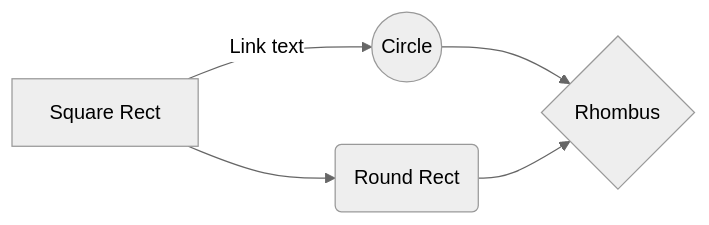
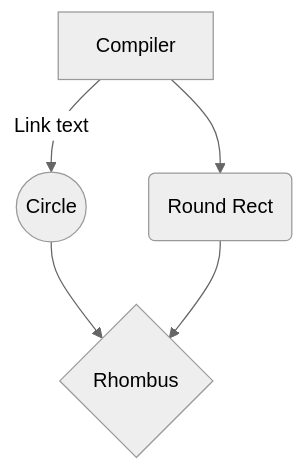
The fifth of 5 diagrams in Implementation.md (Jzhyang1/Monomer), drawn with Mermaid (neutral theme) before and after one commit. The commit also changed other lines of this file, not shown here.

````diff
--- a/Implementation.md
+++ b/Implementation.md
@@ -215,7 +215,7 @@
 ```mermaid
-graph LR
-A[Square Rect] -- Link text --> B((Circle))
+graph TD
+A[Compiler] -- Link text --> B((Circle))
 A --> C(Round Rect)
 B --> D{Rhombus}
 C --> D
 ```
````
